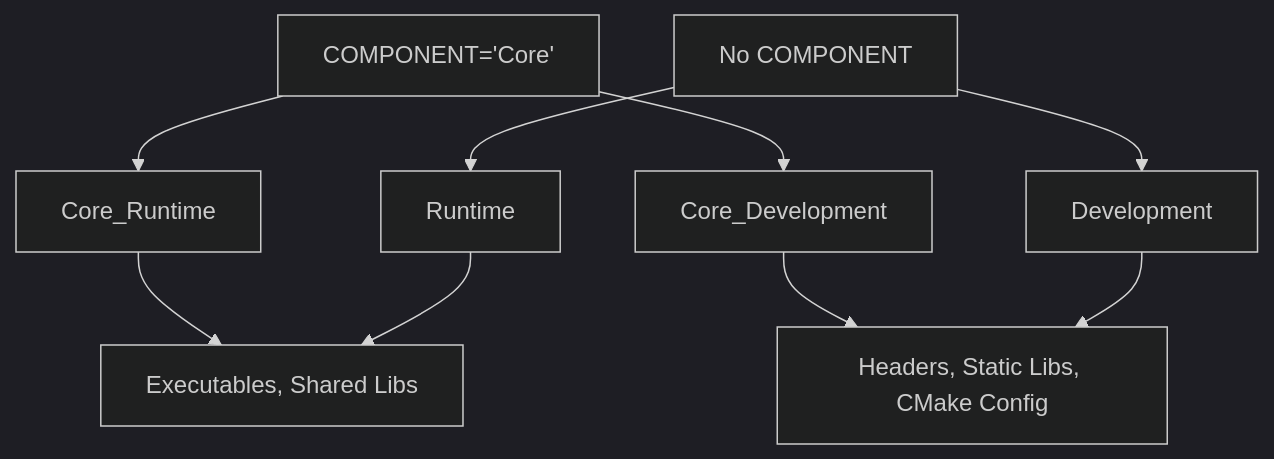
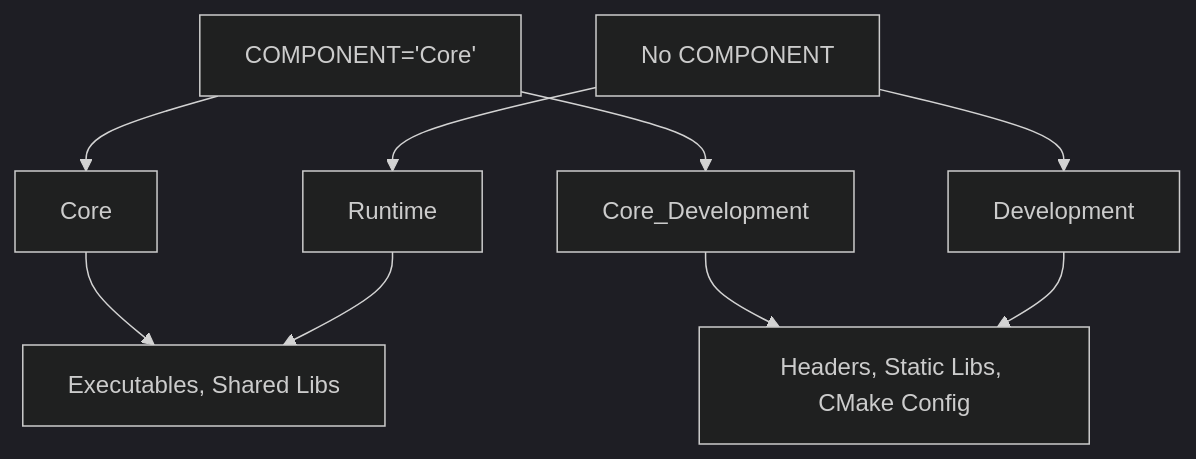
One commit to jkammerland/target_install_package.cmake changed the diagram in docs/logical-components-design.md. Above: the diagram before and after it, drawn with Mermaid (dark theme). The commit also changed other lines of this file and 4 other files, not shown here.

````diff
--- a/docs/logical-components-design.md
+++ b/docs/logical-components-design.md
@@ -48,12 +48,12 @@
 ```mermaid
 graph TD
-    A[COMPONENT='Core'] --> B[Core_Runtime]
+    A[COMPONENT='Core'] --> B[Core]
     A --> C[Core_Development]
     D[No COMPONENT] --> E[Runtime] 
     D --> F[Development]
     
     B --> G[Executables, Shared Libs]
     C --> H[Headers, Static Libs, CMake Config]
     E --> G
     F --> H
 ```
````
